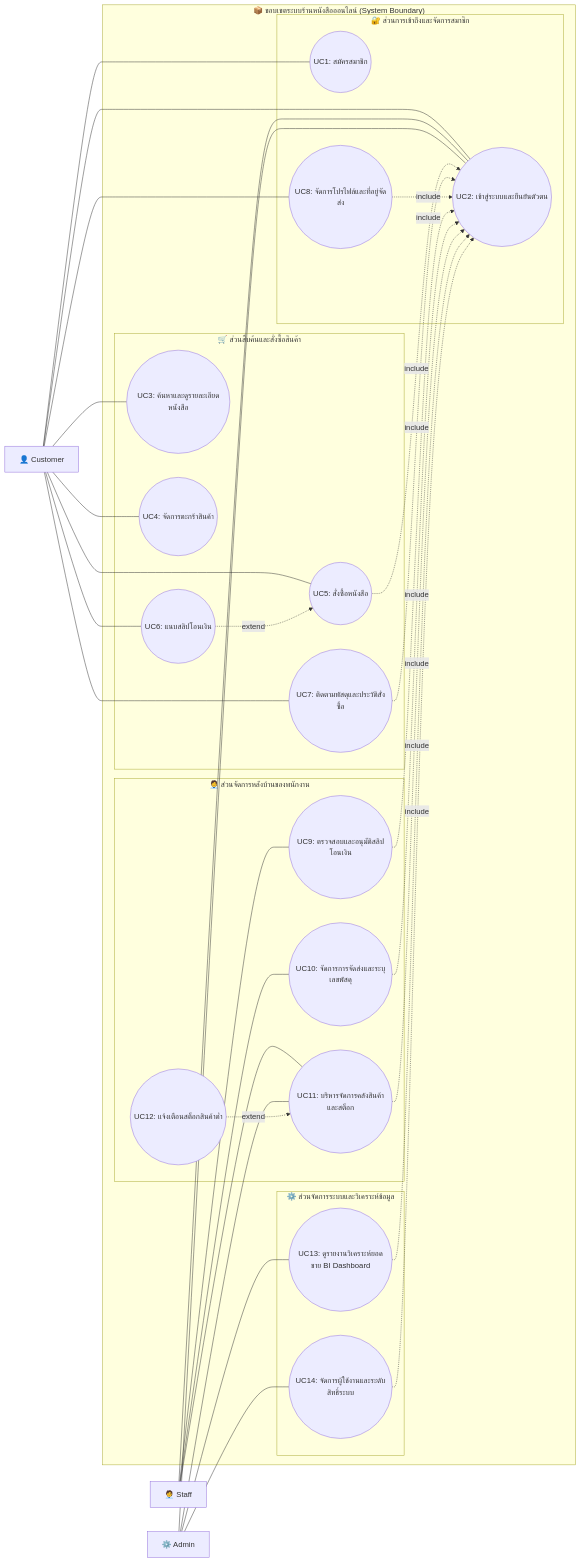
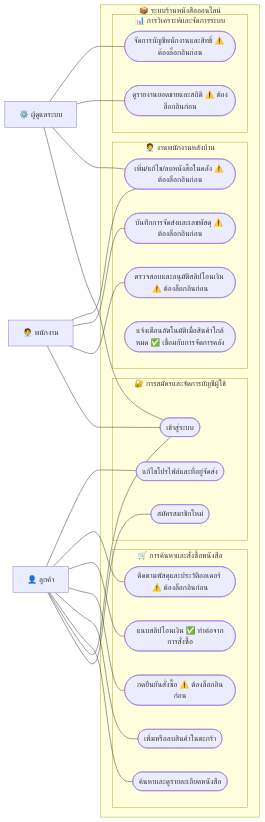
Before and after one commit to SupvichSpuGM/online-bookstore: the first of 3 diagrams in diagram/workshop4.md, drawn with Mermaid. The commit also changed 2 other files, not shown here.

Commit message:
แก้ ds mm 2

````diff
--- a/diagram/workshop4.md
+++ b/diagram/workshop4.md
@@ -45,62 +45,51 @@
 ```mermaid
 graph LR
-    Customer["👤 Customer"]
-    Staff["🧑‍💼 Staff"]
-    Admin["⚙️ Admin"]
+    Customer["👤 ลูกค้า"]
+    Staff["🧑‍💼 พนักงาน"]
+    Admin["⚙️ ผู้ดูแลระบบ"]
 
-    subgraph System ["📦 ขอบเขตระบบร้านหนังสือออนไลน์ (System Boundary)"]
-        subgraph G1 ["🔐 ส่วนการเข้าถึงและจัดการสมาชิก"]
-            UC_Register((UC1: สมัครสมาชิก))
-            UC_Auth((UC2: เข้าสู่ระบบและยืนยันตัวตน))
-            UC_Profile((UC8: จัดการโปรไฟล์และที่อยู่จัดส่ง))
+    subgraph System ["📦 ระบบร้านหนังสือออนไลน์"]
+        subgraph G1 ["🔐 การสมัครและจัดการบัญชีผู้ใช้"]
+            UC_Register(["สมัครสมาชิกใหม่"])
+            UC_Auth(["เข้าสู่ระบบ"])
+            UC_Profile(["แก้ไขโปรไฟล์และที่อยู่จัดส่ง"])
         end
-        subgraph G2 ["🛒 ส่วนสืบค้นและสั่งซื้อสินค้า"]
-            UC_Search((UC3: ค้นหาและดูรายละเอียดหนังสือ))
-            UC_Cart((UC4: จัดการตะกร้าสินค้า))
-            UC_Checkout((UC5: สั่งซื้อหนังสือ))
-            UC_UploadSlip((UC6: แนบสลิปโอนเงิน))
-            UC_OrderHistory((UC7: ติดตามพัสดุและประวัติสั่งซื้อ))
+        subgraph G2 ["🛒 การค้นหาและสั่งซื้อหนังสือ"]
+            UC_Search(["ค้นหาและดูรายละเอียดหนังสือ"])
+            UC_Cart(["เพิ่มหรือลบสินค้าในตะกร้า"])
+            UC_Checkout(["กดยืนยันสั่งซื้อ ⚠️ ต้องล็อกอินก่อน"])
+            UC_UploadSlip(["แนบสลิปโอนเงิน ✅ ทำต่อจากการสั่งซื้อ"])
+            UC_OrderHistory(["ติดตามพัสดุและประวัติออเดอร์ ⚠️ ต้องล็อกอินก่อน"])
         end
-        subgraph G3 ["🧑‍💼 ส่วนจัดการหลังบ้านของพนักงาน"]
-            UC_VerifySlip((UC9: ตรวจสอบและอนุมัติสลิปโอนเงิน))
-            UC_ShipOrder((UC10: จัดการการจัดส่งและระบุเลขพัสดุ))
-            UC_ManageCatalog((UC11: บริหารจัดการคลังสินค้าและสต็อก))
-            UC_StockAlert((UC12: แจ้งเตือนสต็อกสินค้าต่ำ))
+        subgraph G3 ["🧑‍💼 งานพนักงานหลังบ้าน"]
+            UC_VerifySlip(["ตรวจสอบและอนุมัติสลิปโอนเงิน ⚠️ ต้องล็อกอินก่อน"])
+            UC_ShipOrder(["บันทึกการจัดส่งและเลขพัสดุ ⚠️ ต้องล็อกอินก่อน"])
+            UC_ManageCatalog(["เพิ่ม/แก้ไข/ลบหนังสือในคลัง ⚠️ ต้องล็อกอินก่อน"])
+            UC_StockAlert(["แจ้งเตือนอัตโนมัติเมื่อสินค้าใกล้หมด ✅ เชื่อมกับการจัดการคลัง"])
         end
-        subgraph G4 ["⚙️ ส่วนจัดการระบบและวิเคราะห์ข้อมูล"]
-            UC_Dashboard((UC13: ดูรายงานวิเคราะห์ยอดขาย BI Dashboard))
-            UC_ManageUsers((UC14: จัดการผู้ใช้งานและระดับสิทธิ์ระบบ))
+        subgraph G4 ["📊 การวิเคราะห์และจัดการระบบ"]
+            UC_Dashboard(["ดูรายงานยอดขายและสถิติ ⚠️ ต้องล็อกอินก่อน"])
+            UC_ManageUsers(["จัดการบัญชีพนักงานและสิทธิ์ ⚠️ ต้องล็อกอินก่อน"])
         end
     end
 
     Customer --- UC_Register
     Customer --- UC_Auth
     Customer --- UC_Search
     Customer --- UC_Cart
     Customer --- UC_Checkout
     Customer --- UC_UploadSlip
     Customer --- UC_OrderHistory
     Customer --- UC_Profile
 
     Staff --- UC_Auth
     Staff --- UC_VerifySlip
     Staff --- UC_ShipOrder
     Staff --- UC_ManageCatalog
 
     Admin --- UC_Auth
     Admin --- UC_ManageCatalog
     Admin --- UC_Dashboard
     Admin --- UC_ManageUsers
 
-    UC_Checkout -.->|include| UC_Auth
-    UC_OrderHistory -.->|include| UC_Auth
-    UC_Profile -.->|include| UC_Auth
-    UC_VerifySlip -.->|include| UC_Auth
-    UC_ShipOrder -.->|include| UC_Auth
-    UC_ManageCatalog -.->|include| UC_Auth
-    UC_Dashboard -.->|include| UC_Auth
-    UC_ManageUsers -.->|include| UC_Auth
-
-    UC_UploadSlip -.->|extend| UC_Checkout
-    UC_StockAlert -.->|extend| UC_ManageCatalog
 ```
````
